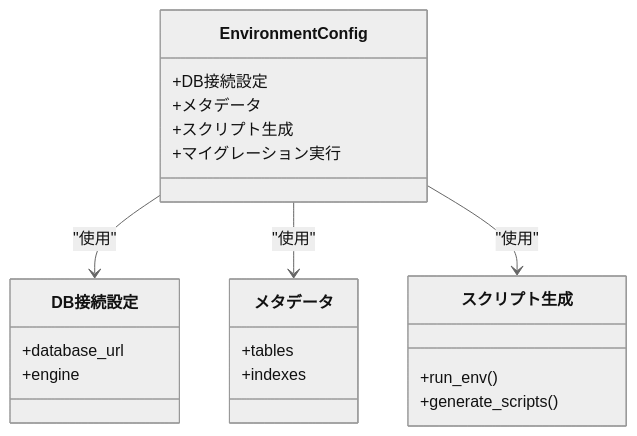
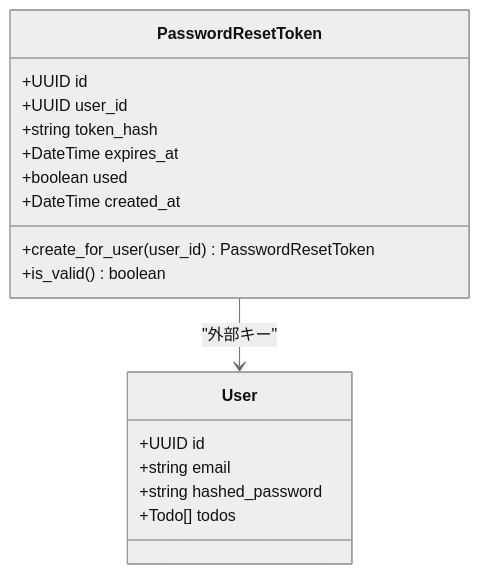
The sixth of 8 diagrams in .qoder/repowiki/ja/content/データベース設計/データベースマイグレーション.md (ss8806/Todos), drawn with Mermaid (neutral theme) before and after one commit. The commit also changed other lines of this file and 106 other files, not shown here.

````diff
--- a/.qoder/repowiki/ja/content/データベース設計/データベースマイグレーション.md
+++ b/.qoder/repowiki/ja/content/データベース設計/データベースマイグレーション.md
@@ -157,24 +235,20 @@
 ```mermaid
 classDiagram
-class EnvironmentConfig {
-+DB接続設定
-+メタデータ
-+スクリプト生成
-+マイグレーション実行
+class PasswordResetToken {
++UUID id
++UUID user_id
++string token_hash
++DateTime expires_at
++boolean used
++DateTime created_at
++create_for_user(user_id) PasswordResetToken
++is_valid() boolean
 }
-class DB接続設定 {
-+database_url
-+engine
+class User {
++UUID id
++string email
++string hashed_password
++Todo[] todos
 }
-class メタデータ {
-+tables
-+indexes
-}
-class スクリプト生成 {
-+run_env()
-+generate_scripts()
-}
-EnvironmentConfig --> DB接続設定 : "使用"
-EnvironmentConfig --> メタデータ : "使用"
-EnvironmentConfig --> スクリプト生成 : "使用"
+PasswordResetToken --> User : "外部キー"
 ```
````
